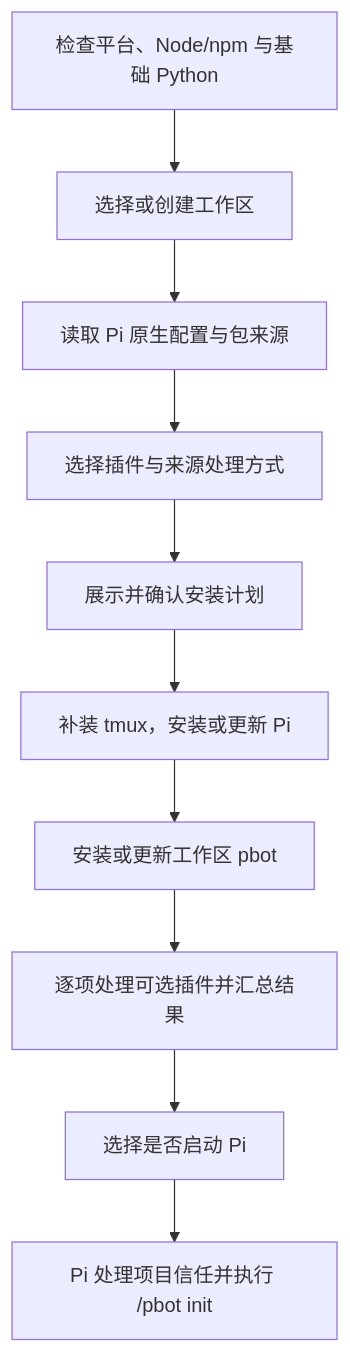
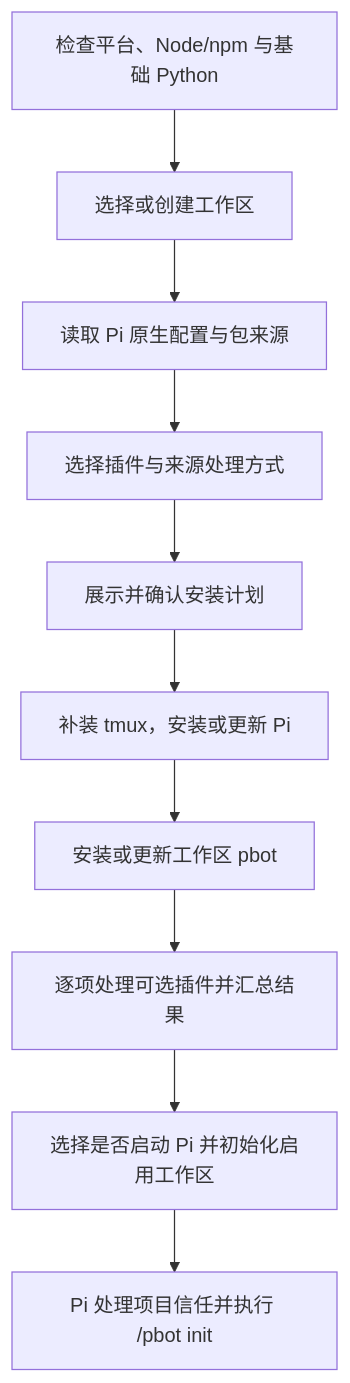
Before and after one commit to realqiyan/personal-bot: the diagram in docs/installation-design.md, drawn with Mermaid. The commit also changed other lines of this file and 58 other files, not shown here.

````diff
--- a/docs/installation-design.md
+++ b/docs/installation-design.md
@@ -7,12 +7,12 @@
 ```mermaid
 flowchart TD
     A[检查平台、Node/npm 与基础 Python] --> B[选择或创建工作区]
     B --> C[读取 Pi 原生配置与包来源]
     C --> D[选择插件与来源处理方式]
     D --> E[展示并确认安装计划]
     E --> F[补装 tmux，安装或更新 Pi]
     F --> G[安装或更新工作区 pbot]
     G --> H[逐项处理可选插件并汇总结果]
-    H --> I[选择是否启动 Pi]
+    H --> I[选择是否启动 Pi 并初始化启用工作区]
     I --> J[Pi 处理项目信任并执行 /pbot init]
 ```
````
